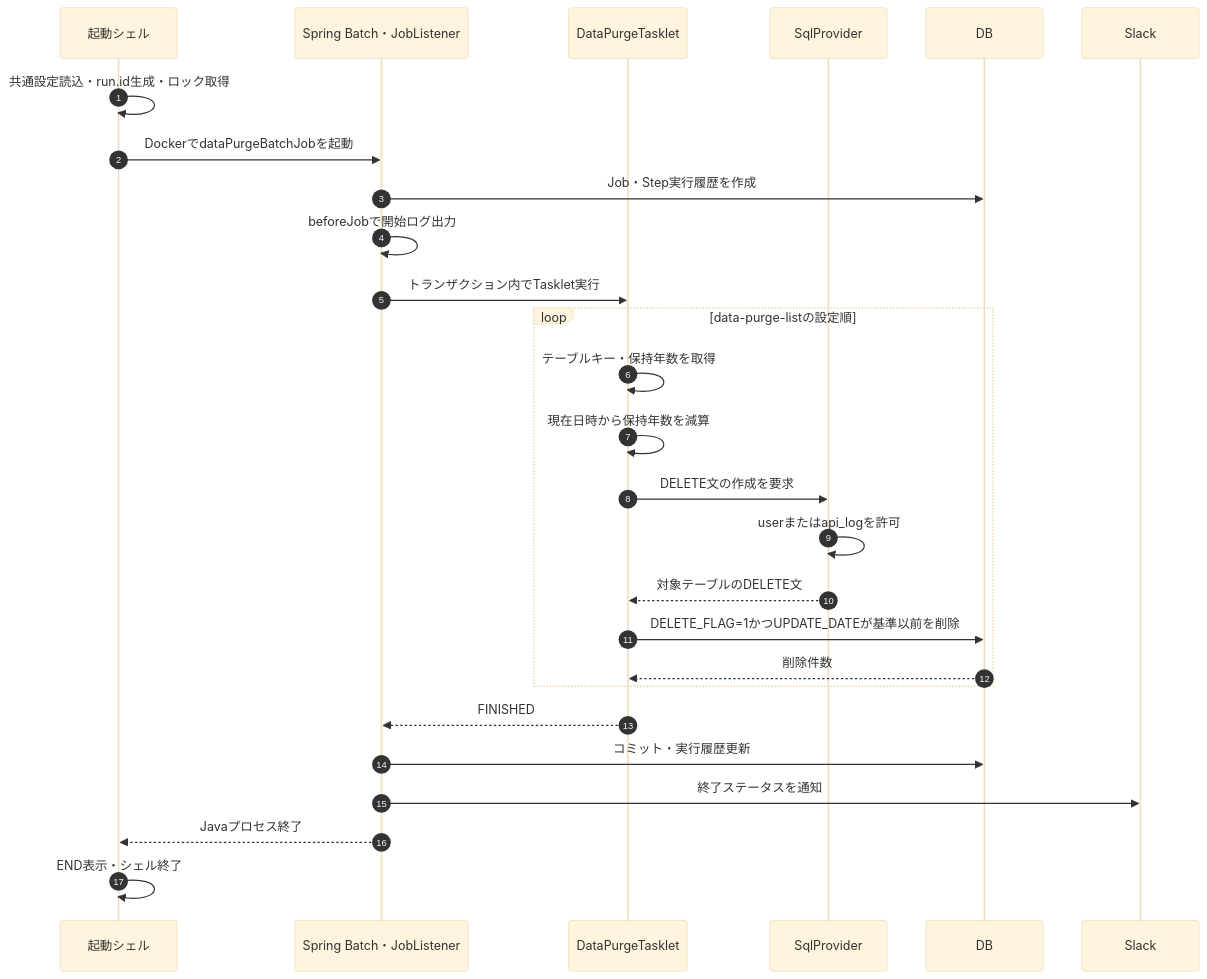
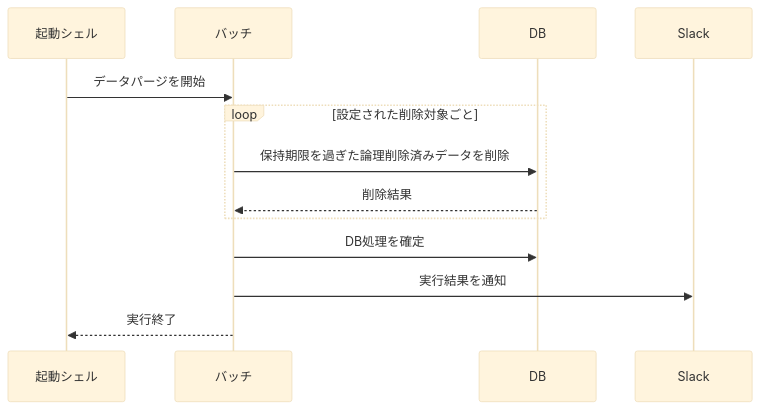
The first of 2 diagrams in ha-docs/design/03_batch/設計書_3.10.データパージバッチ.md (kohei-okazaki/work-3g), drawn with Mermaid (base theme) before and after one commit. The commit also changed other lines of this file and 67 other files, not shown here.

````diff
--- a/ha-docs/design/03_batch/設計書_3.10.データパージバッチ.md
+++ b/ha-docs/design/03_batch/設計書_3.10.データパージバッチ.md
@@ -41,29 +12,15 @@
 ```mermaid
 sequenceDiagram
-    autonumber
     participant S as 起動シェル
-    participant J as Spring Batch・JobListener
-    participant T as DataPurgeTasklet
-    participant P as SqlProvider
+    participant B as バッチ
     participant D as DB
     participant N as Slack
-    S->>S: 共通設定読込・run.id生成・ロック取得
-    S->>J: DockerでdataPurgeBatchJobを起動
-    J->>D: Job・Step実行履歴を作成
-    J->>J: beforeJobで開始ログ出力
-    J->>T: トランザクション内でTasklet実行
-    loop data-purge-listの設定順
-        T->>T: テーブルキー・保持年数を取得
-        T->>T: 現在日時から保持年数を減算
-        T->>P: DELETE文の作成を要求
-        P->>P: userまたはapi_logを許可
-        P-->>T: 対象テーブルのDELETE文
-        T->>D: DELETE_FLAG=1かつUPDATE_DATEが基準以前を削除
-        D-->>T: 削除件数
+    S->>B: データパージを開始
+    loop 設定された削除対象ごと
+        B->>D: 保持期限を過ぎた論理削除済みデータを削除
+        D-->>B: 削除結果
     end
-    T-->>J: FINISHED
-    J->>D: コミット・実行履歴更新
-    J->>N: 終了ステータスを通知
-    J-->>S: Javaプロセス終了
-    S->>S: END表示・シェル終了
+    B->>D: DB処理を確定
+    B->>N: 実行結果を通知
+    B-->>S: 実行終了
 ```
````
